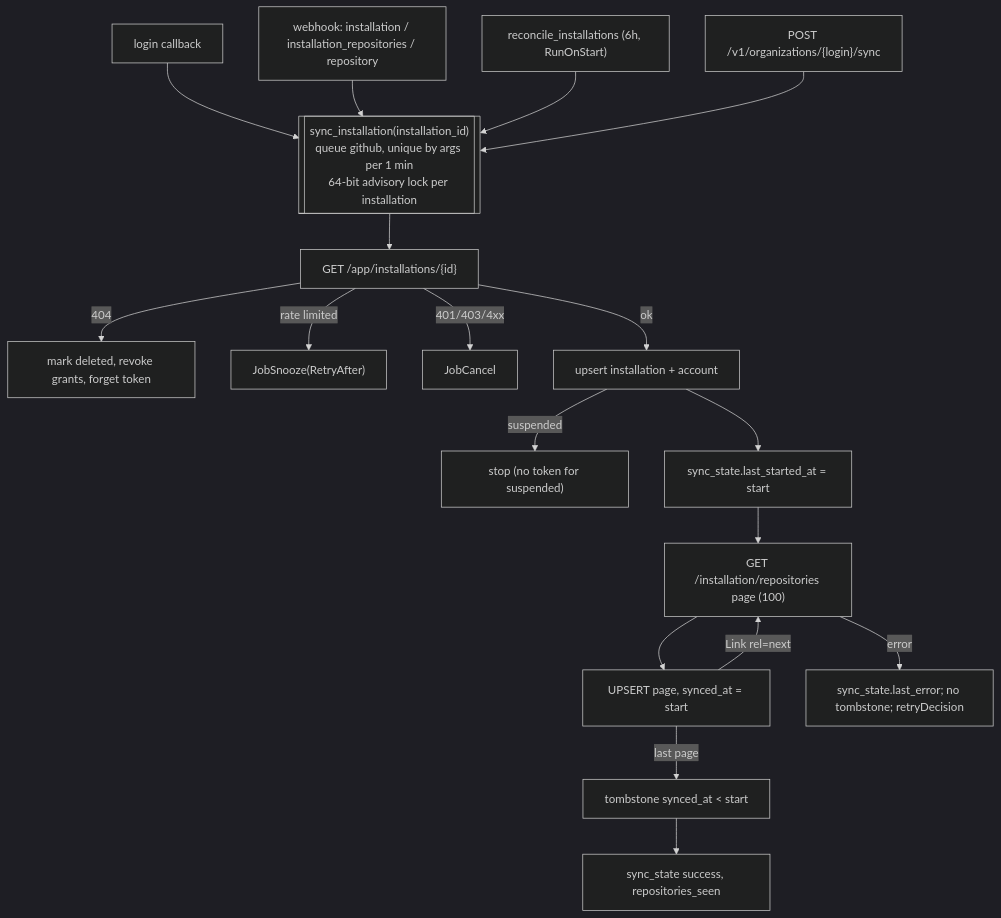
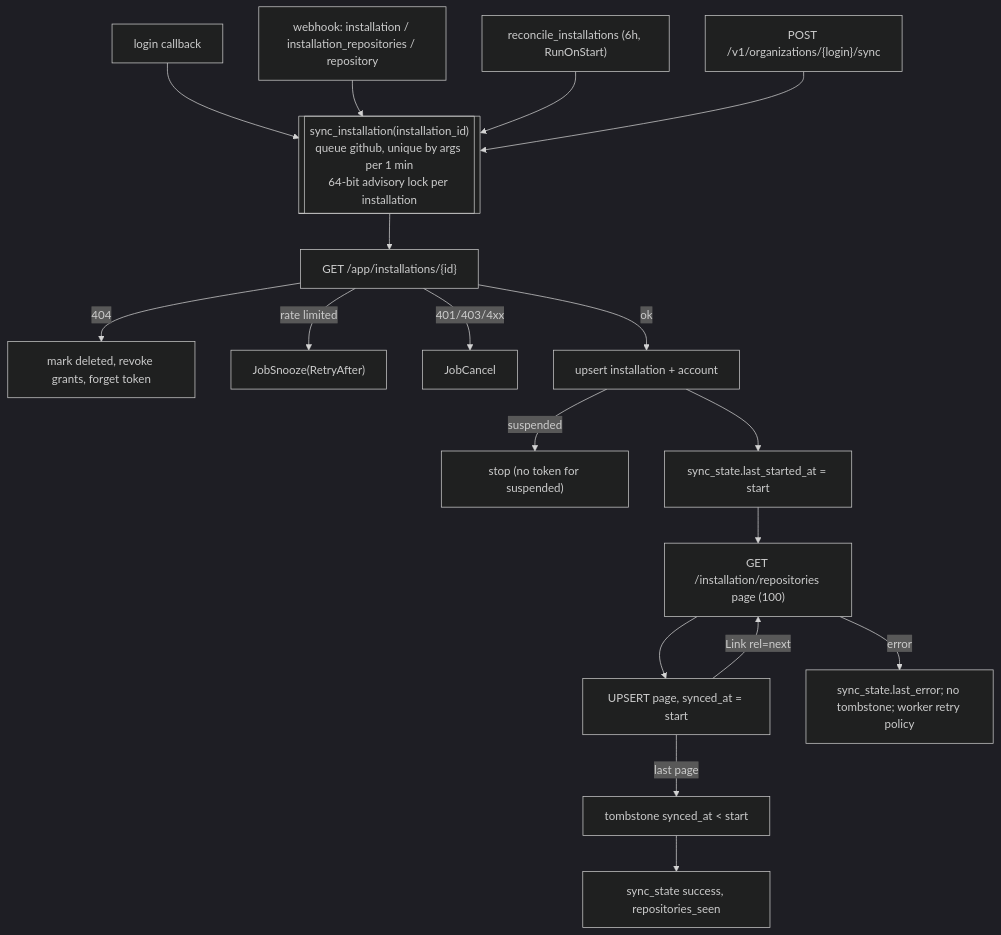
One commit to upayanmazumder/gitorgasm changed the second of 3 diagrams in docs/architecture/github-integration.md. Above: the diagram before and after it, drawn with Mermaid (dark theme). The commit also changed other lines of this file and 221 other files, not shown here.

````diff
--- a/docs/architecture/github-integration.md
+++ b/docs/architecture/github-integration.md
@@ -124,20 +124,20 @@
 ```mermaid
 flowchart TD
   T1["login callback"] --> Q
   T2["webhook: installation / installation_repositories / repository"] --> Q
   T3["reconcile_installations (6h, RunOnStart)"] --> Q
   T4["POST /v1/organizations/{login}/sync"] --> Q
   Q[["sync_installation(installation_id)<br/>queue github, unique by args per 1 min<br/>64-bit advisory lock per installation"]] --> A["GET /app/installations/{id}"]
   A -- 404 --> D["mark deleted, revoke grants, forget token"]
   A -- "rate limited" --> S["JobSnooze(RetryAfter)"]
   A -- "401/403/4xx" --> C["JobCancel"]
   A -- ok --> U["upsert installation + account"]
   U -- suspended --> E["stop (no token for suspended)"]
   U --> ST["sync_state.last_started_at = start"]
   ST --> P["GET /installation/repositories page (100)"]
   P --> UP["UPSERT page, synced_at = start"]
   UP -- "Link rel=next" --> P
   UP -- "last page" --> TB["tombstone synced_at < start"]
   TB --> F["sync_state success, repositories_seen"]
-  P -- error --> FE["sync_state.last_error; no tombstone; retryDecision"]
+  P -- error --> FE["sync_state.last_error; no tombstone; worker retry policy"]
 ```
````
